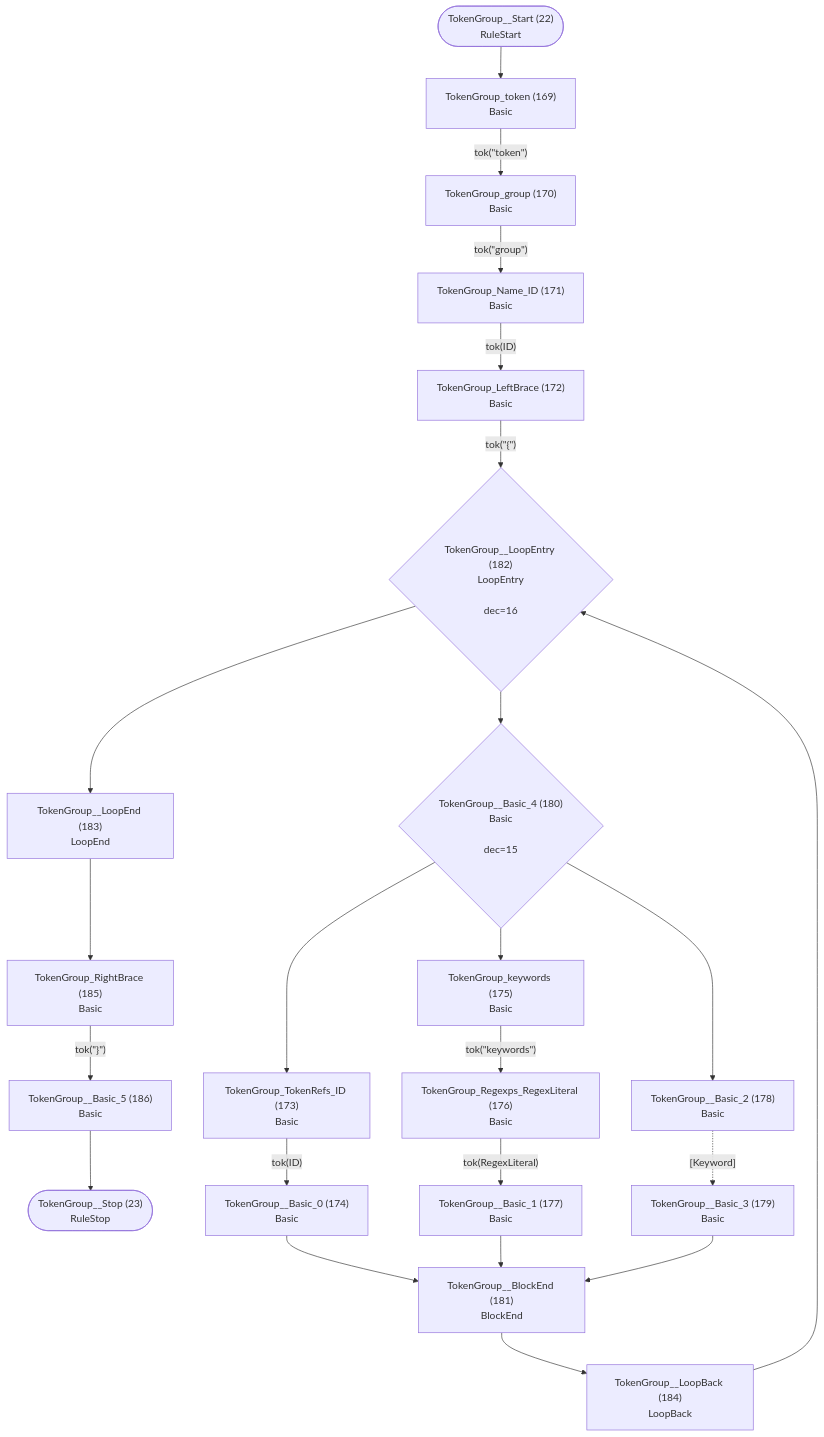
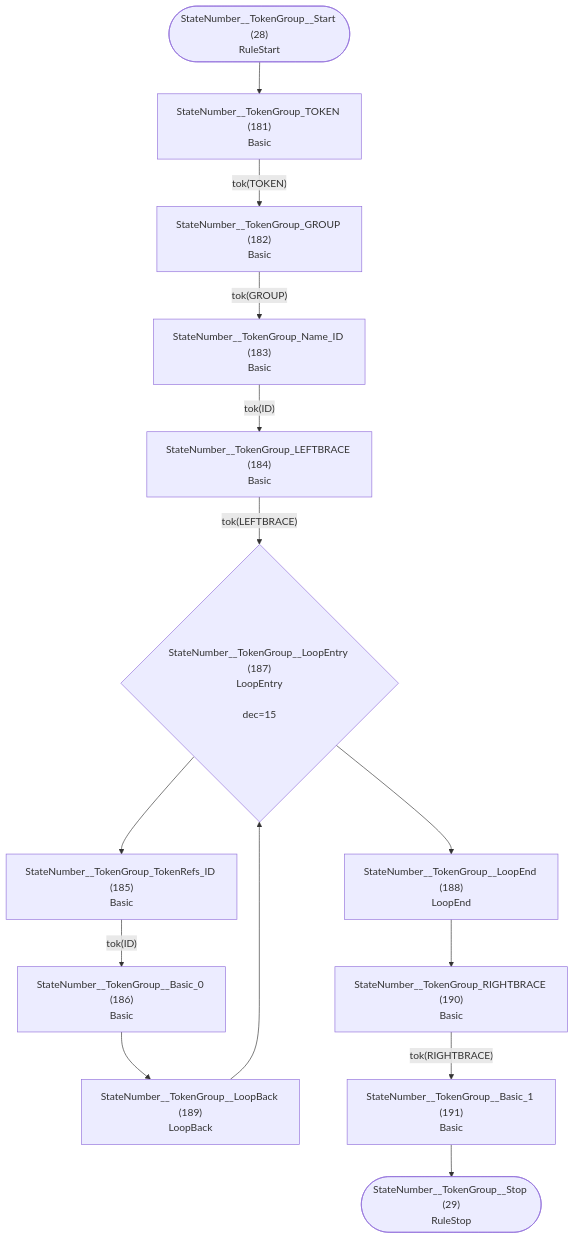
One commit to TypeFox/fastbelt changed diagram 15 of 32 in internal/grammar/atn.md. Above: the diagram before and after it, drawn with Mermaid. The commit also changed other lines of this file and 5 other files, not shown here.

````diff
--- a/internal/grammar/atn.md
+++ b/internal/grammar/atn.md
@@ -360,46 +402,30 @@
 ```mermaid
 flowchart TD
-    q22(["TokenGroup__Start (22)<br/>RuleStart"])
-    q23(["TokenGroup__Stop (23)<br/>RuleStop"])
-    q169["TokenGroup_token (169)<br/>Basic<br/>"]
-    q170["TokenGroup_group (170)<br/>Basic<br/>"]
-    q171["TokenGroup_Name_ID (171)<br/>Basic<br/>"]
-    q172["TokenGroup_LeftBrace (172)<br/>Basic<br/>"]
-    q173["TokenGroup_TokenRefs_ID (173)<br/>Basic<br/>"]
-    q174["TokenGroup__Basic_0 (174)<br/>Basic<br/>"]
-    q175["TokenGroup_keywords (175)<br/>Basic<br/>"]
-    q176["TokenGroup_Regexps_RegexLiteral (176)<br/>Basic<br/>"]
-    q177["TokenGroup__Basic_1 (177)<br/>Basic<br/>"]
-    q178["TokenGroup__Basic_2 (178)<br/>Basic<br/>"]
-    q179["TokenGroup__Basic_3 (179)<br/>Basic<br/>"]
-    q180{"TokenGroup__Basic_4 (180)<br/>Basic<br/><br/>dec=15"}
-    q181["TokenGroup__BlockEnd (181)<br/>BlockEnd<br/>"]
-    q182{"TokenGroup__LoopEntry (182)<br/>LoopEntry<br/><br/>dec=16"}
-    q183["TokenGroup__LoopEnd (183)<br/>LoopEnd<br/>"]
-    q184["TokenGroup__LoopBack (184)<br/>LoopBack<br/>"]
-    q185["TokenGroup_RightBrace (185)<br/>Basic<br/>"]
-    q186["TokenGroup__Basic_5 (186)<br/>Basic<br/>"]
+    q28(["StateNumber__TokenGroup__Start (28)<br/>RuleStart"])
+    q29(["StateNumber__TokenGroup__Stop (29)<br/>RuleStop"])
+    q181["StateNumber__TokenGroup_TOKEN (181)<br/>Basic<br/>"]
+    q182["StateNumber__TokenGroup_GROUP (182)<br/>Basic<br/>"]
+    q183["StateNumber__TokenGroup_Name_ID (183)<br/>Basic<br/>"]
+    q184["StateNumber__TokenGroup_LEFTBRACE (184)<br/>Basic<br/>"]
+    q185["StateNumber__TokenGroup_TokenRefs_ID (185)<br/>Basic<br/>"]
+    q186["StateNumber__TokenGroup__Basic_0 (186)<br/>Basic<br/>"]
+    q187{"StateNumber__TokenGroup__LoopEntry (187)<br/>LoopEntry<br/><br/>dec=15"}
+    q188["StateNumber__TokenGroup__LoopEnd (188)<br/>LoopEnd<br/>"]
+    q189["StateNumber__TokenGroup__LoopBack (189)<br/>LoopBack<br/>"]
+    q190["StateNumber__TokenGroup_RIGHTBRACE (190)<br/>Basic<br/>"]
+    q191["StateNumber__TokenGroup__Basic_1 (191)<br/>Basic<br/>"]
 
-    q22 --> q169
-    q169 -->|"tok(&quot;token&quot;)"| q170
-    q170 -->|"tok(&quot;group&quot;)"| q171
-    q171 -->|"tok(ID)"| q172
-    q172 -->|"tok(&quot;{&quot;)"| q182
-    q173 -->|"tok(ID)"| q174
-    q174 --> q181
-    q175 -->|"tok(&quot;keywords&quot;)"| q176
-    q176 -->|"tok(RegexLiteral)"| q177
-    q177 --> q181
-    q178 -.->|"[Keyword]"| q179
-    q179 --> q181
-    q180 --> q173
-    q180 --> q175
-    q180 --> q178
-    q181 --> q184
-    q182 --> q180
-    q182 --> q183
-    q183 --> q185
-    q184 --> q182
-    q185 -->|"tok(&quot;}&quot;)"| q186
-    q186 --> q23
+    q28 --> q181
+    q181 -->|"tok(TOKEN)"| q182
+    q182 -->|"tok(GROUP)"| q183
+    q183 -->|"tok(ID)"| q184
+    q184 -->|"tok(LEFTBRACE)"| q187
+    q185 -->|"tok(ID)"| q186
+    q186 --> q189
+    q187 --> q185
+    q187 --> q188
+    q188 --> q190
+    q189 --> q187
+    q190 -->|"tok(RIGHTBRACE)"| q191
+    q191 --> q29
 ```
````
